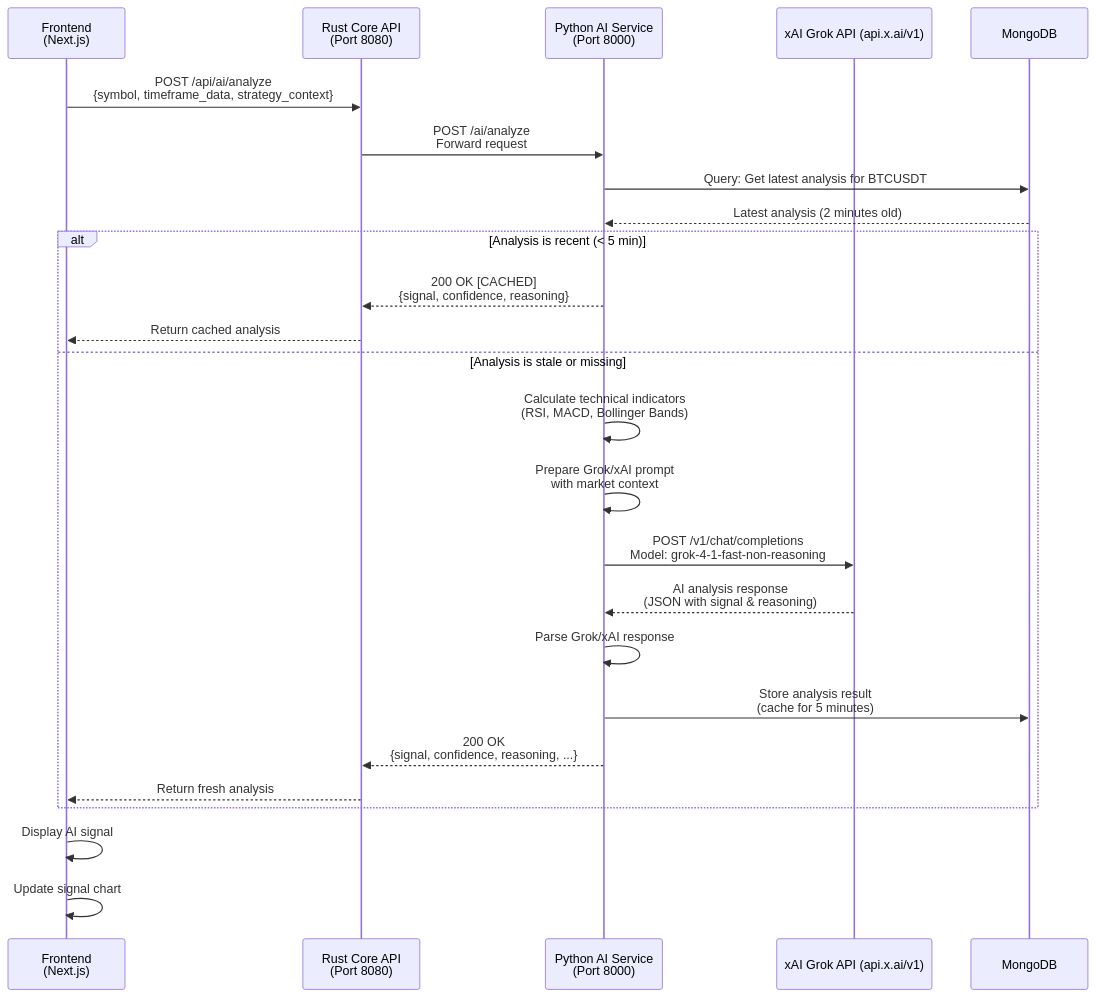
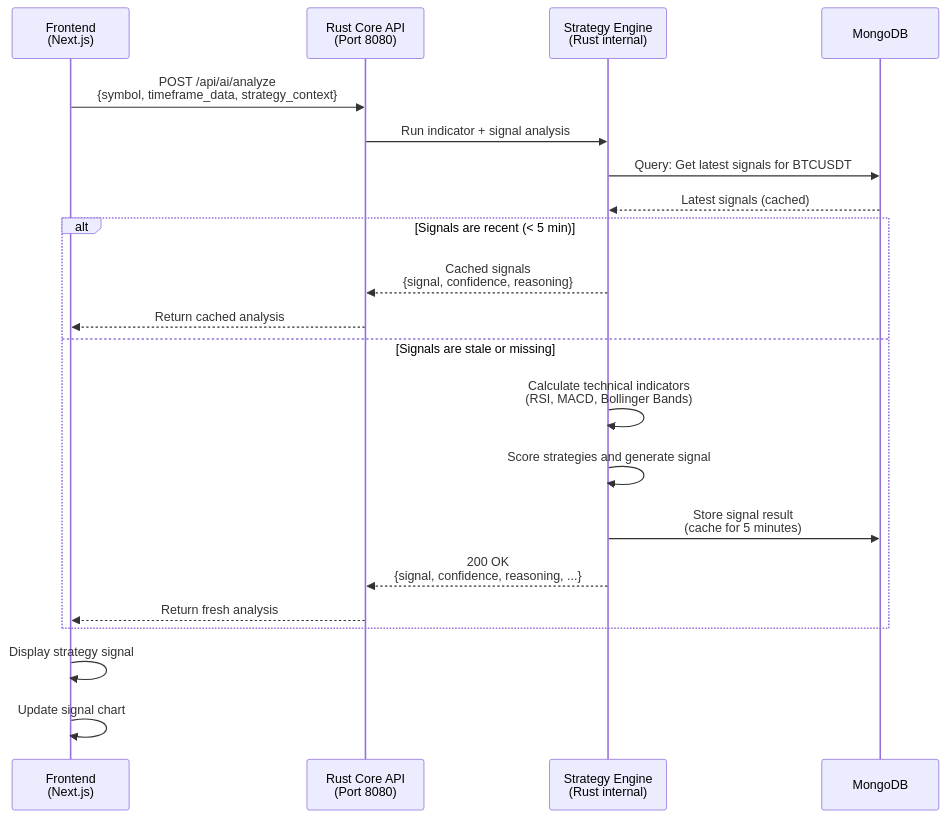
The fifth of 14 diagrams in specifications/02-design/2.3-api/API-SEQUENCES.mermaid (magic-ai-trading-bot/bot-core), drawn with Mermaid before and after one commit. The commit also changed other lines of this file and 92 other files, not shown here.

First line of the commit message:
chore: complete Python AI service cleanup across entire codebase

````diff
--- a/specifications/02-design/2.3-api/API-SEQUENCES.mermaid
+++ b/specifications/02-design/2.3-api/API-SEQUENCES.mermaid
@@ -133,37 +133,28 @@
 ```mermaid
 sequenceDiagram
     participant Frontend as Frontend<br/>(Next.js)
     participant RustAPI as Rust Core API<br/>(Port 8080)
-    participant PythonAI as Python AI Service<br/>(Port 8000)
-    participant GrokAI as xAI Grok API (api.x.ai/v1)
+    participant StrategyEngine as Strategy Engine<br/>(Rust internal)
     participant MongoDB
 
     Frontend->>RustAPI: POST /api/ai/analyze<br/>{symbol, timeframe_data, strategy_context}
 
-    RustAPI->>PythonAI: POST /ai/analyze<br/>Forward request
+    RustAPI->>StrategyEngine: Run indicator + signal analysis
 
-    PythonAI->>MongoDB: Query: Get latest analysis for BTCUSDT
-    MongoDB-->>PythonAI: Latest analysis (2 minutes old)
+    StrategyEngine->>MongoDB: Query: Get latest signals for BTCUSDT
+    MongoDB-->>StrategyEngine: Latest signals (cached)
 
-    alt Analysis is recent (< 5 min)
-        PythonAI-->>RustAPI: 200 OK [CACHED]<br/>{signal, confidence, reasoning}
+    alt Signals are recent (< 5 min)
+        StrategyEngine-->>RustAPI: Cached signals<br/>{signal, confidence, reasoning}
         RustAPI-->>Frontend: Return cached analysis
-    else Analysis is stale or missing
-        PythonAI->>PythonAI: Calculate technical indicators<br/>(RSI, MACD, Bollinger Bands)
-
-        PythonAI->>PythonAI: Prepare Grok/xAI prompt<br/>with market context
-
-        PythonAI->>GrokAI: POST /v1/chat/completions<br/>Model: grok-4-1-fast-non-reasoning
-
-        GrokAI-->>PythonAI: AI analysis response<br/>(JSON with signal & reasoning)
-
-        PythonAI->>PythonAI: Parse Grok/xAI response
-        PythonAI->>MongoDB: Store analysis result<br/>(cache for 5 minutes)
-
-        PythonAI-->>RustAPI: 200 OK<br/>{signal, confidence, reasoning, ...}
+    else Signals are stale or missing
+        StrategyEngine->>StrategyEngine: Calculate technical indicators<br/>(RSI, MACD, Bollinger Bands)
+        StrategyEngine->>StrategyEngine: Score strategies and generate signal
+        StrategyEngine->>MongoDB: Store signal result<br/>(cache for 5 minutes)
+        StrategyEngine-->>RustAPI: 200 OK<br/>{signal, confidence, reasoning, ...}
         RustAPI-->>Frontend: Return fresh analysis
     end
 
-    Frontend->>Frontend: Display AI signal
+    Frontend->>Frontend: Display strategy signal
     Frontend->>Frontend: Update signal chart
 ```
````
